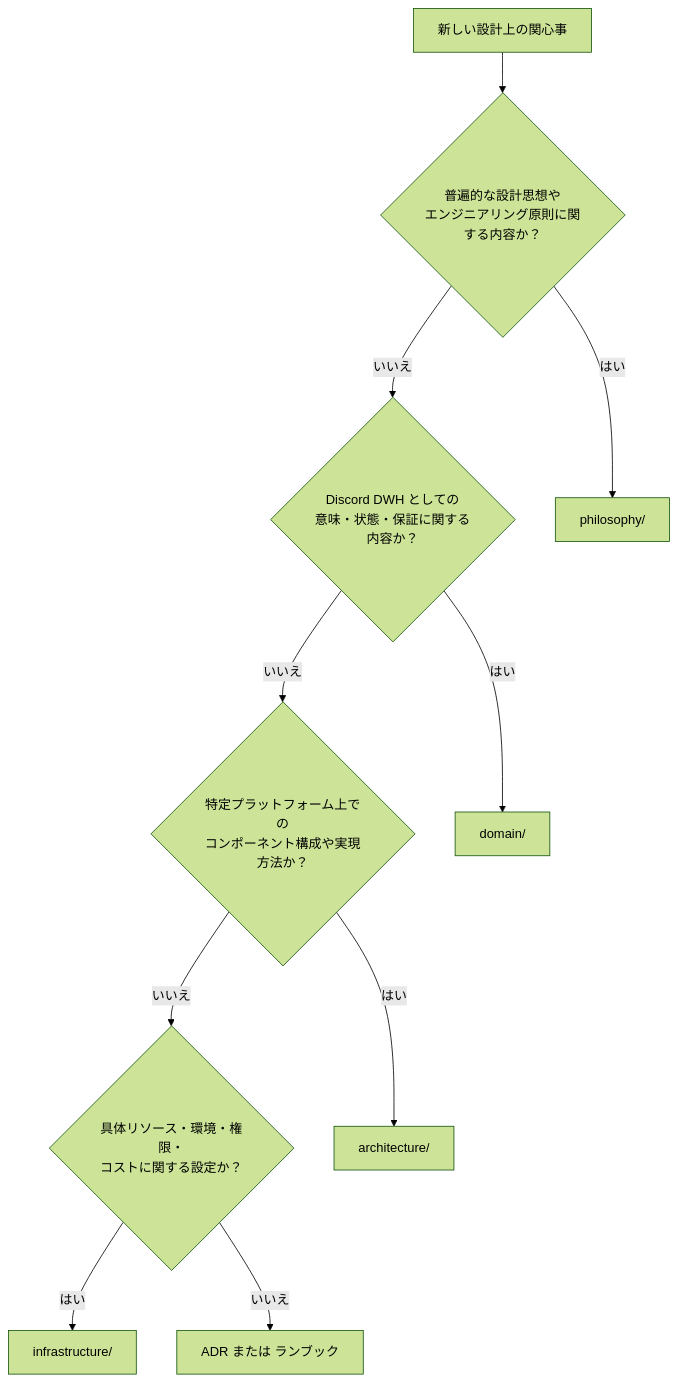
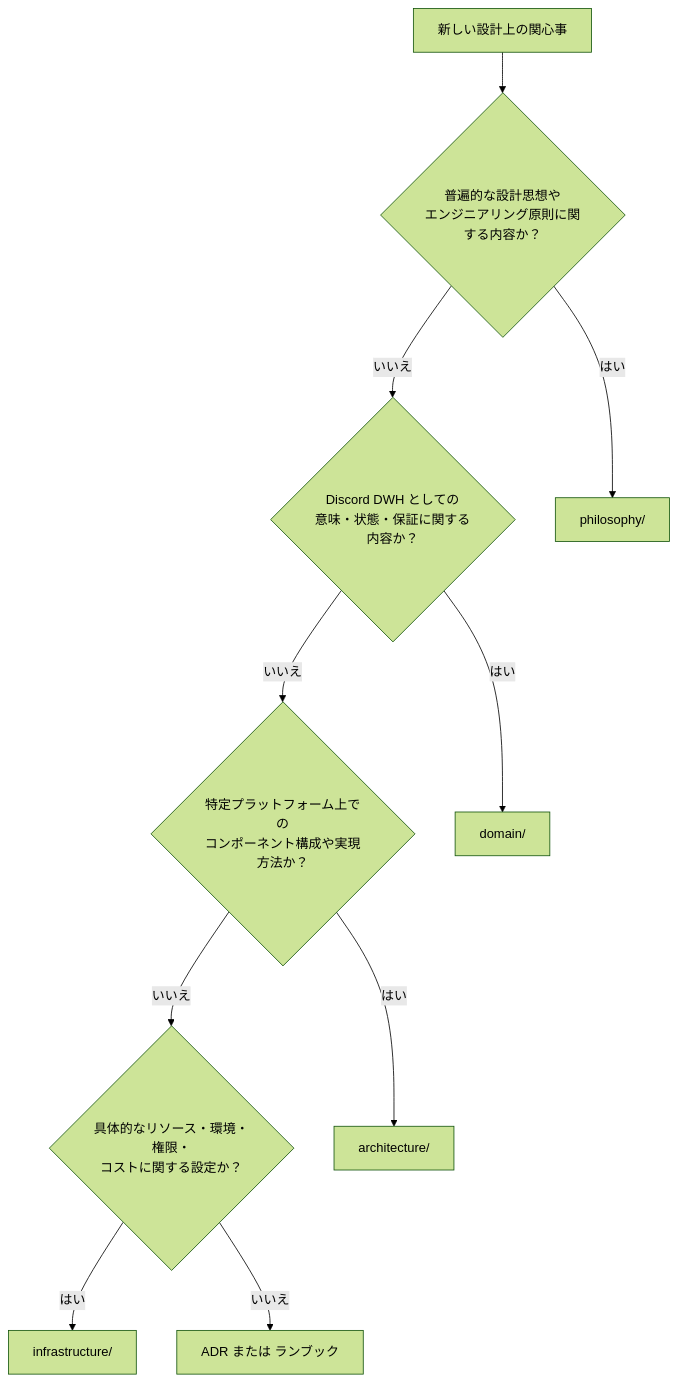
Before and after one commit to ojiverse/datawarehouse: the second of 2 diagrams in docs/README.md, drawn with Mermaid (forest theme). The commit also changed other lines of this file and 56 other files, not shown here.

````diff
--- a/docs/README.md
+++ b/docs/README.md
@@ -46,18 +46,18 @@
 ```mermaid
 flowchart TD
     Topic[新しい設計上の関心事]
     IsPhilosophy{普遍的な設計思想や<br>エンジニアリング原則に関する内容か？}
     IsDomain{Discord DWH としての<br>意味・状態・保証に関する内容か？}
     IsArch{特定プラットフォーム上での<br>コンポーネント構成や実現方法か？}
-    IsInfra{具体リソース・環境・権限・<br>コストに関する設定か？}
+    IsInfra{具体的なリソース・環境・権限・<br>コストに関する設定か？}
 
     Topic --> IsPhilosophy
     IsPhilosophy -->|はい| Philosophy[philosophy/]
     IsPhilosophy -->|いいえ| IsDomain
     IsDomain -->|はい| Domain[domain/]
     IsDomain -->|いいえ| IsArch
     IsArch -->|はい| Arch[architecture/]
     IsArch -->|いいえ| IsInfra
     IsInfra -->|はい| Infra[infrastructure/]
     IsInfra -->|いいえ| Other[ADR または ランブック]
 ```
````
